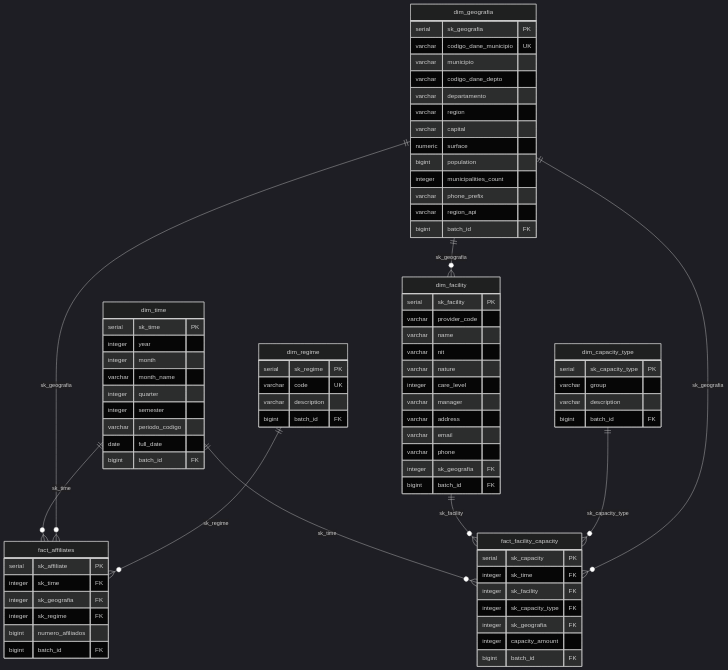
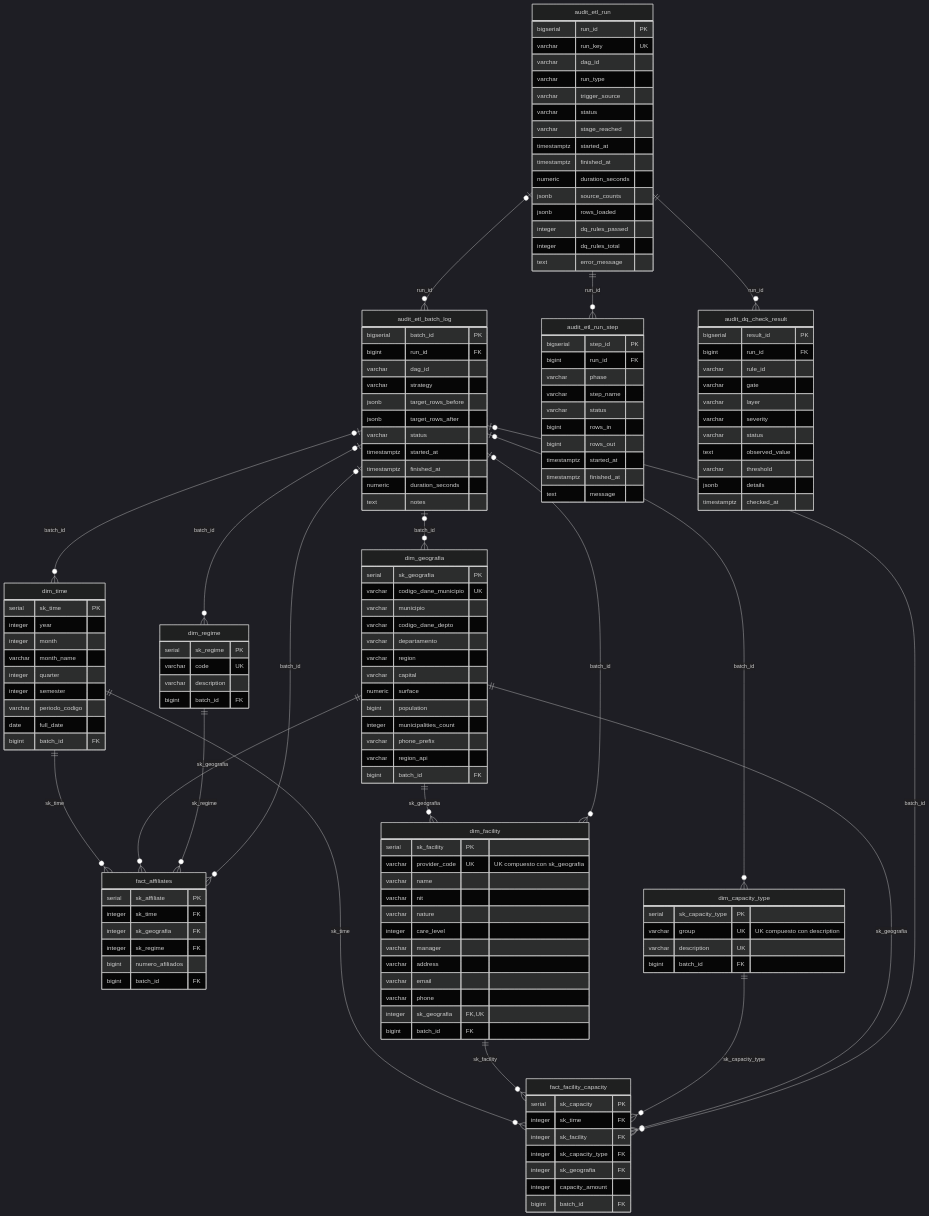
The second of 3 diagrams in README_ES.md (driosoft-pro/etl-2026-2-ods3-salud-api-gx-airflow), drawn with Mermaid (dark theme) before and after one commit. The commit also changed 1958 other files, not shown here.

````diff
--- a/README_ES.md
+++ b/README_ES.md
@@ -256,6 +256,20 @@
     dim_geografia ||--o{ fact_facility_capacity : "sk_geografia"
 
     dim_geografia ||--o{ dim_facility : "sk_geografia"
+
+    %% Procedencia (batch_id) hacia el esquema audit
+    audit_etl_batch_log |o--o{ dim_time : "batch_id"
+    audit_etl_batch_log |o--o{ dim_geografia : "batch_id"
+    audit_etl_batch_log |o--o{ dim_regime : "batch_id"
+    audit_etl_batch_log |o--o{ dim_facility : "batch_id"
+    audit_etl_batch_log |o--o{ dim_capacity_type : "batch_id"
+    audit_etl_batch_log |o--o{ fact_affiliates : "batch_id"
+    audit_etl_batch_log |o--o{ fact_facility_capacity : "batch_id"
+
+    %% Trazabilidad del ETL (esquema audit)
+    audit_etl_run |o--o{ audit_etl_batch_log : "run_id"
+    audit_etl_run ||--o{ audit_etl_run_step : "run_id"
+    audit_etl_run ||--o{ audit_dq_check_result : "run_id"
 
     dim_time {
         serial sk_time PK
@@ -294,7 +308,7 @@
 
     dim_facility {
         serial sk_facility PK
-        varchar provider_code
+        varchar provider_code UK "UK compuesto con sk_geografia"
         varchar name
         varchar nit
         varchar nature
@@ -303,14 +317,14 @@
         varchar address
         varchar email
         varchar phone
-        integer sk_geografia FK
+        integer sk_geografia FK,UK
         bigint batch_id FK
     }
 
     dim_capacity_type {
         serial sk_capacity_type PK
-        varchar group
-        varchar description
+        varchar group UK "UK compuesto con description"
+        varchar description UK
         bigint batch_id FK
     }
 
@@ -332,4 +346,63 @@
         integer capacity_amount
         bigint batch_id FK
     }
+
+    audit_etl_run {
+        bigserial run_id PK
+        varchar run_key UK
+        varchar dag_id
+        varchar run_type
+        varchar trigger_source
+        varchar status
+        varchar stage_reached
+        timestamptz started_at
+        timestamptz finished_at
+        numeric duration_seconds
+        jsonb source_counts
+        jsonb rows_loaded
+        integer dq_rules_passed
+        integer dq_rules_total
+        text error_message
+    }
+
+    audit_etl_run_step {
+        bigserial step_id PK
+        bigint run_id FK
+        varchar phase
+        varchar step_name
+        varchar status
+        bigint rows_in
+        bigint rows_out
+        timestamptz started_at
+        timestamptz finished_at
+        text message
+    }
+
+    audit_dq_check_result {
+        bigserial result_id PK
+        bigint run_id FK
+        varchar rule_id
+        varchar gate
+        varchar layer
+        varchar severity
+        varchar status
+        text observed_value
+        varchar threshold
+        jsonb details
+        timestamptz checked_at
+    }
+
+    audit_etl_batch_log {
+        bigserial batch_id PK
+        bigint run_id FK
+        varchar dag_id
+        varchar strategy
+        jsonb target_rows_before
+        jsonb target_rows_after
+        varchar status
+        timestamptz started_at
+        timestamptz finished_at
+        numeric duration_seconds
+        text notes
+    }
 ```
````
